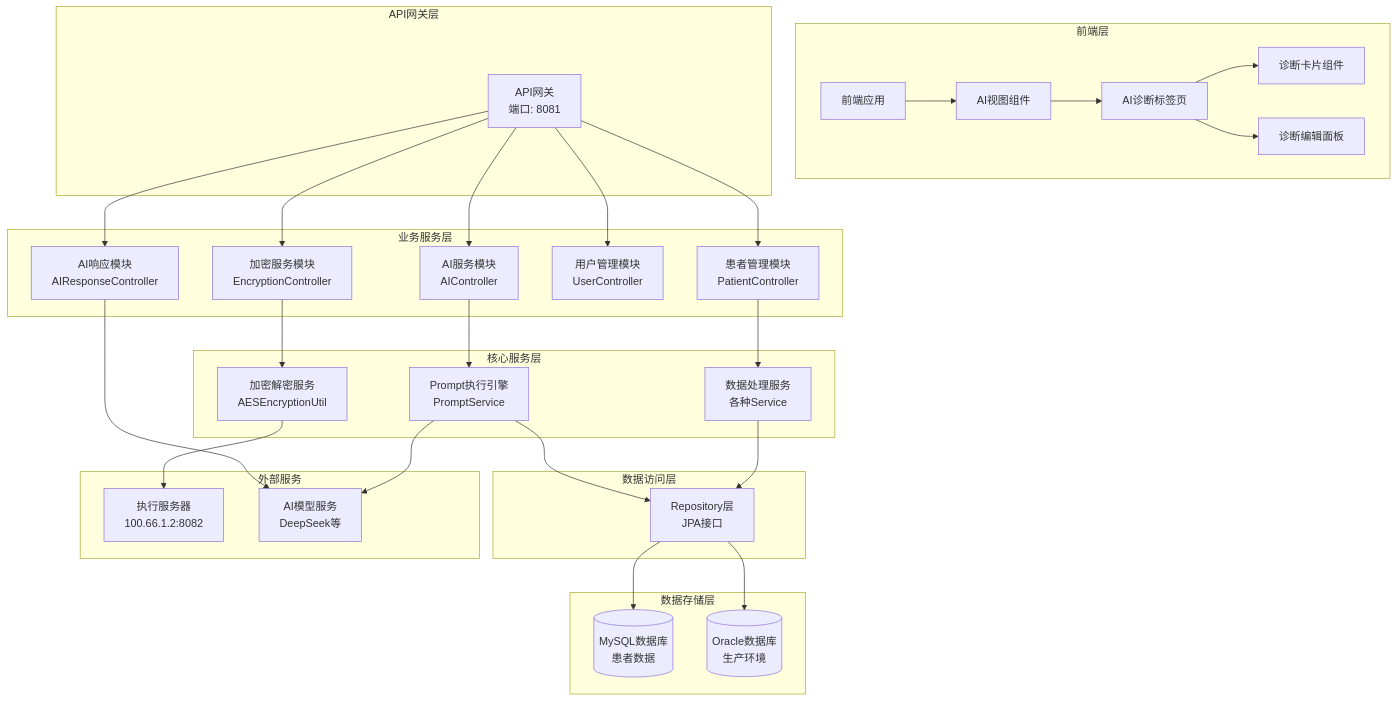
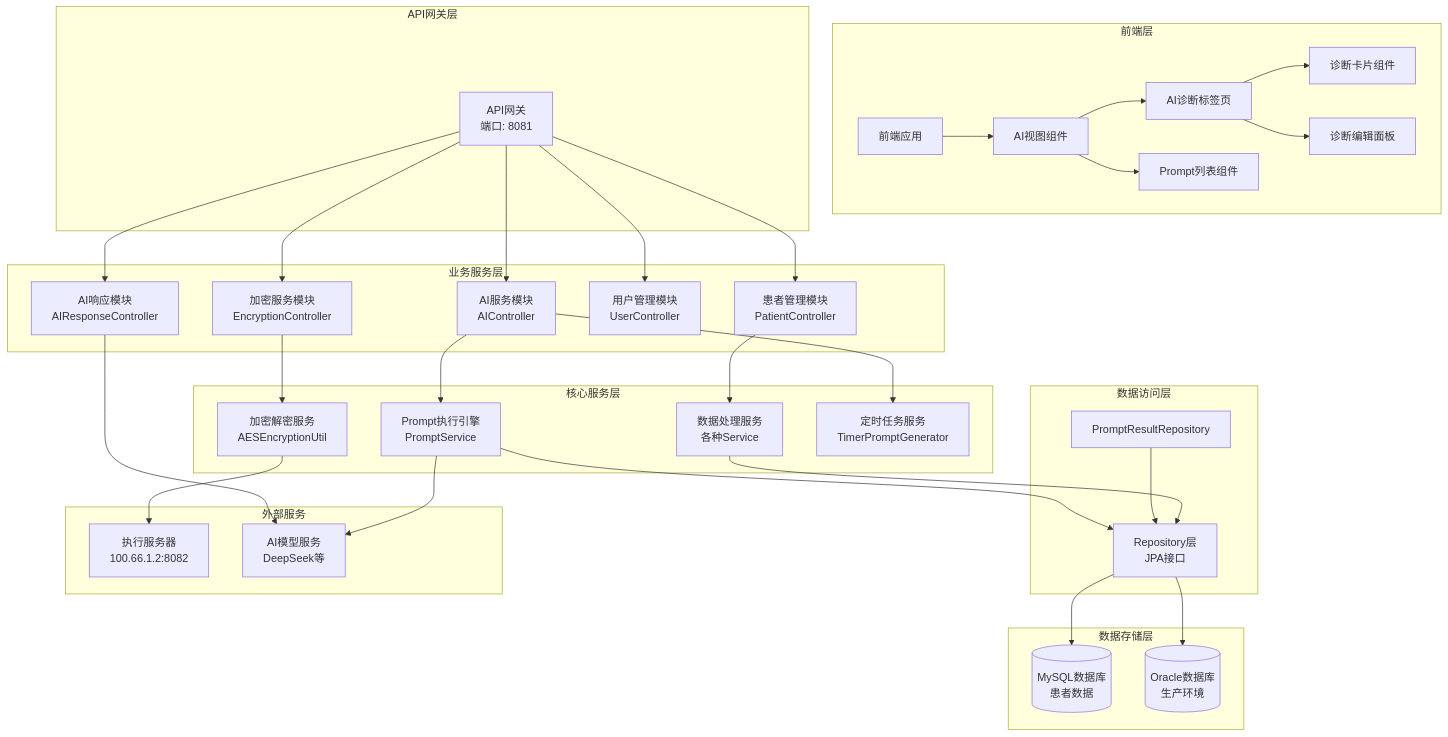
One commit to liuzh2008/med_ai_assistant_workspace changed the first of 8 diagrams in .qoder/repowiki/zh/content/核心功能模块/AI诊断辅助系统.md. Above: the diagram before and after it, drawn with Mermaid. The commit also changed other lines of this file and 2 other files, not shown here.

````diff
--- a/.qoder/repowiki/zh/content/核心功能模块/AI诊断辅助系统.md
+++ b/.qoder/repowiki/zh/content/核心功能模块/AI诊断辅助系统.md
@@ -52,55 +58,61 @@
 ```mermaid
 graph TB
 subgraph "前端层"
 FE[前端应用]
 AIView[AI视图组件]
 AIDiagnosisTab[AI诊断标签页]
+PromptList[Prompt列表组件]
 DiagnosisCard[诊断卡片组件]
 DiagnosisEditPanel[诊断编辑面板]
 end
 subgraph "API网关层"
 Gateway[API网关<br/>端口: 8081]
 end
 subgraph "业务服务层"
 AI[AI服务模块<br/>AIController]
 AIResp[AI响应模块<br/>AIResponseController]
 Patient[患者管理模块<br/>PatientController]
 User[用户管理模块<br/>UserController]
 Encrypt[加密服务模块<br/>EncryptionController]
 end
 subgraph "核心服务层"
 PromptSvc[Prompt执行引擎<br/>PromptService]
 DataSvc[数据处理服务<br/>各种Service]
 EncryptSvc[加密解密服务<br/>AESEncryptionUtil]
+TimerSvc[定时任务服务<br/>TimerPromptGenerator]
 end
 subgraph "数据访问层"
 Repo[Repository层<br/>JPA接口]
+PromptResultRepo[PromptResultRepository]
 end
 subgraph "数据存储层"
 MySQL[(MySQL数据库<br/>患者数据)]
 Oracle[(Oracle数据库<br/>生产环境)]
 end
 subgraph "外部服务"
 ExecutionServer[执行服务器<br/>100.66.1.2:8082]
 AIModel[AI模型服务<br/>DeepSeek等]
 end
 FE --> AIView
 AIView --> AIDiagnosisTab
+AIView --> PromptList
 AIDiagnosisTab --> DiagnosisCard
 AIDiagnosisTab --> DiagnosisEditPanel
 Gateway --> AI
 Gateway --> AIResp
 Gateway --> Patient
 Gateway --> User
 Gateway --> Encrypt
 AI --> PromptSvc
+AI --> TimerSvc
 AIResp --> AIModel
 Patient --> DataSvc
 Encrypt --> EncryptSvc
 PromptSvc --> Repo
+PromptResultRepo --> Repo
 DataSvc --> Repo
 Repo --> MySQL
 Repo --> Oracle
 EncryptSvc --> ExecutionServer
 PromptSvc --> AIModel
 ```
````
